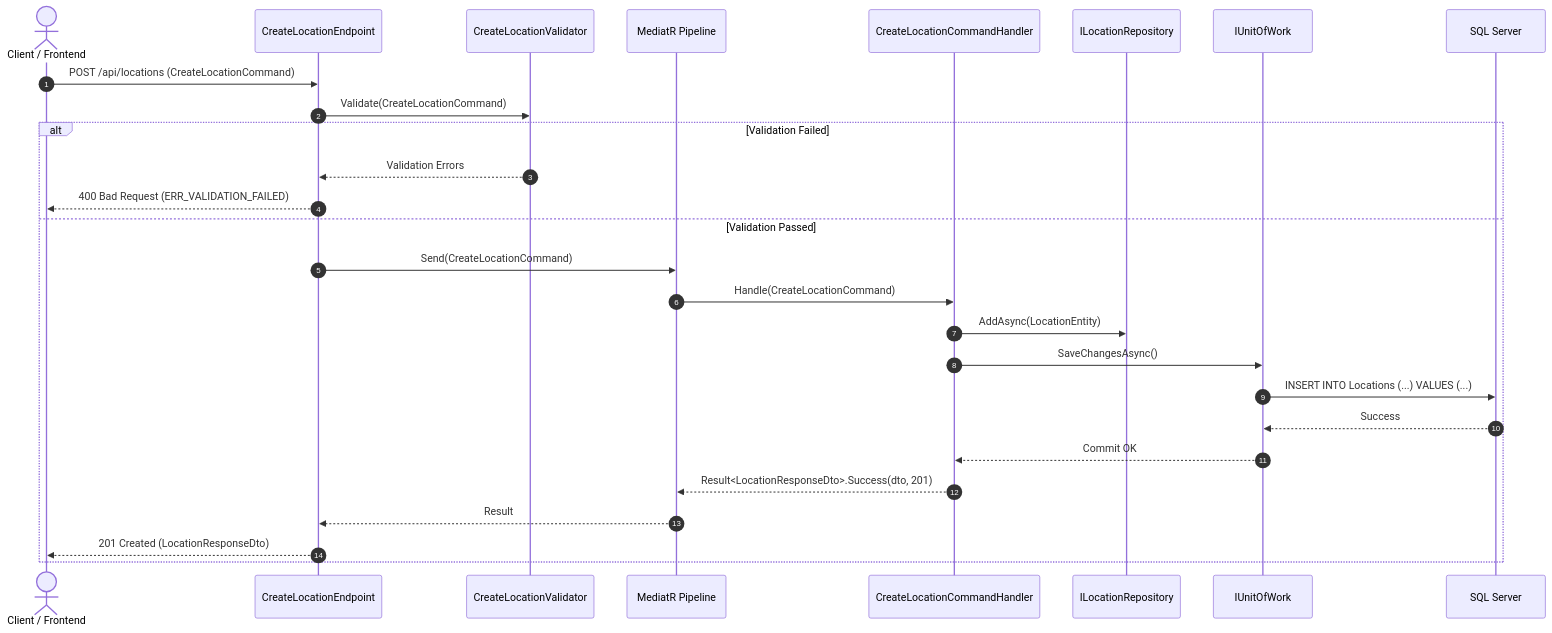
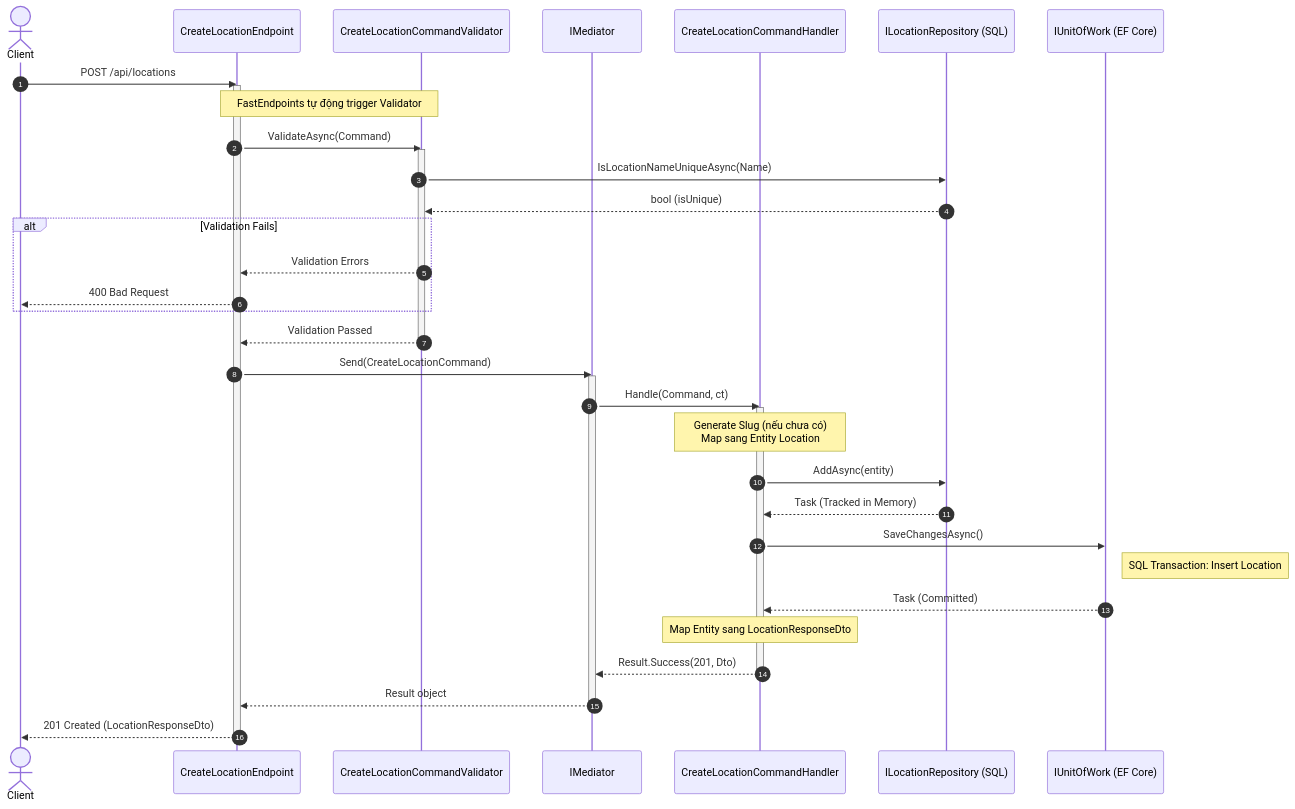
The second of 9 diagrams in Documents/sequence_diagrams.md (DucThangDuong/Viet_Heritagepedia), drawn with Mermaid before and after one commit. The commit also changed other lines of this file and 73 other files, not shown here.

````diff
--- a/Documents/sequence_diagrams.md
+++ b/Documents/sequence_diagrams.md
@@ -39,30 +39,52 @@
 ```mermaid
 sequenceDiagram
     autonumber
-    actor Client as Client / Frontend
+    actor Client
     participant API as CreateLocationEndpoint
-    participant Val as CreateLocationValidator
-    participant MediatR as MediatR Pipeline
+    participant Validator as CreateLocationCommandValidator
+    participant MediatR as IMediator
     participant Handler as CreateLocationCommandHandler
-    participant Repo as ILocationRepository
-    participant UOW as IUnitOfWork
-    participant SQL as SQL Server
+    participant Repo as ILocationRepository (SQL)
+    participant UoW as IUnitOfWork (EF Core)
 
-    Client->>API: POST /api/locations (CreateLocationCommand)
-    API->>Val: Validate(CreateLocationCommand)
-    alt Validation Failed
-        Val-->>API: Validation Errors
-        API-->>Client: 400 Bad Request (ERR_VALIDATION_FAILED)
-    else Validation Passed
-        API->>MediatR: Send(CreateLocationCommand)
-        MediatR->>Handler: Handle(CreateLocationCommand)
-        Handler->>Repo: AddAsync(LocationEntity)
-        Handler->>UOW: SaveChangesAsync()
-        UOW->>SQL: INSERT INTO Locations (...) VALUES (...)
-        SQL-->>UOW: Success
-        UOW-->>Handler: Commit OK
-        Handler-->>MediatR: Result<LocationResponseDto>.Success(dto, 201)
-        MediatR-->>API: Result
-        API-->>Client: 201 Created (LocationResponseDto)
+    Client->>API: POST /api/locations
+    activate API
+    
+    Note over API,Validator: FastEndpoints tự động trigger Validator
+    API->>Validator: ValidateAsync(Command)
+    activate Validator
+    Validator->>Repo: IsLocationNameUniqueAsync(Name)
+    Repo-->>Validator: bool (isUnique)
+    
+    alt Validation Fails
+        Validator-->>API: Validation Errors
+        API-->>Client: 400 Bad Request
     end
+    Validator-->>API: Validation Passed
+    deactivate Validator
+    
+    API->>MediatR: Send(CreateLocationCommand)
+    activate MediatR
+    
+    MediatR->>Handler: Handle(Command, ct)
+    activate Handler
+    
+    Note over Handler: Generate Slug (nếu chưa có)<br/>Map sang Entity Location
+    
+    Handler->>Repo: AddAsync(entity)
+    Repo-->>Handler: Task (Tracked in Memory)
+    
+    Handler->>UoW: SaveChangesAsync()
+    Note right of UoW: SQL Transaction: Insert Location
+    UoW-->>Handler: Task (Committed)
+    
+    Note over Handler: Map Entity sang LocationResponseDto
+    Handler-->>MediatR: Result.Success(201, Dto)
+    deactivate Handler
+    
+    MediatR-->>API: Result object
+    deactivate MediatR
+    
+    API-->>Client: 201 Created (LocationResponseDto)
+    deactivate API
 ```
````
